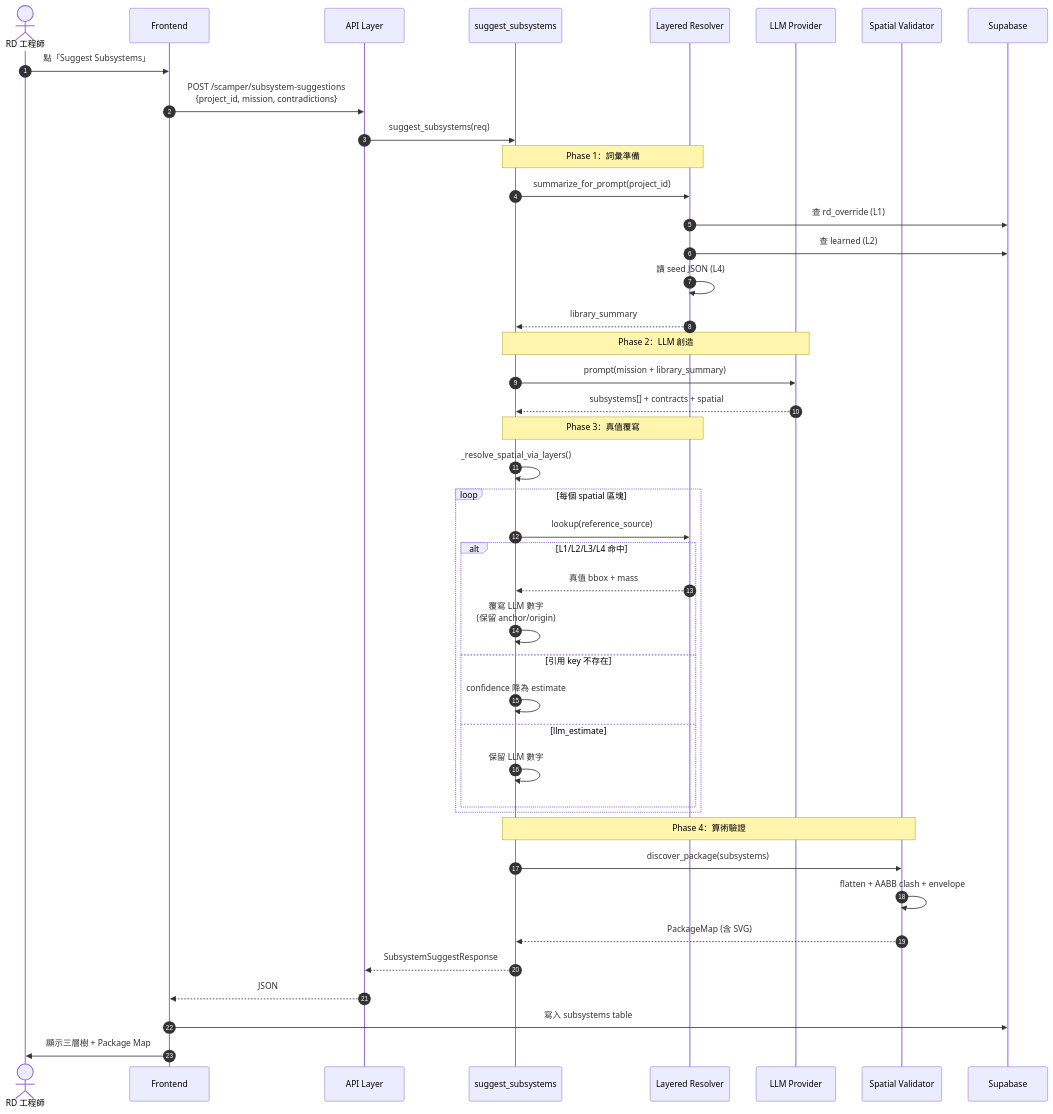
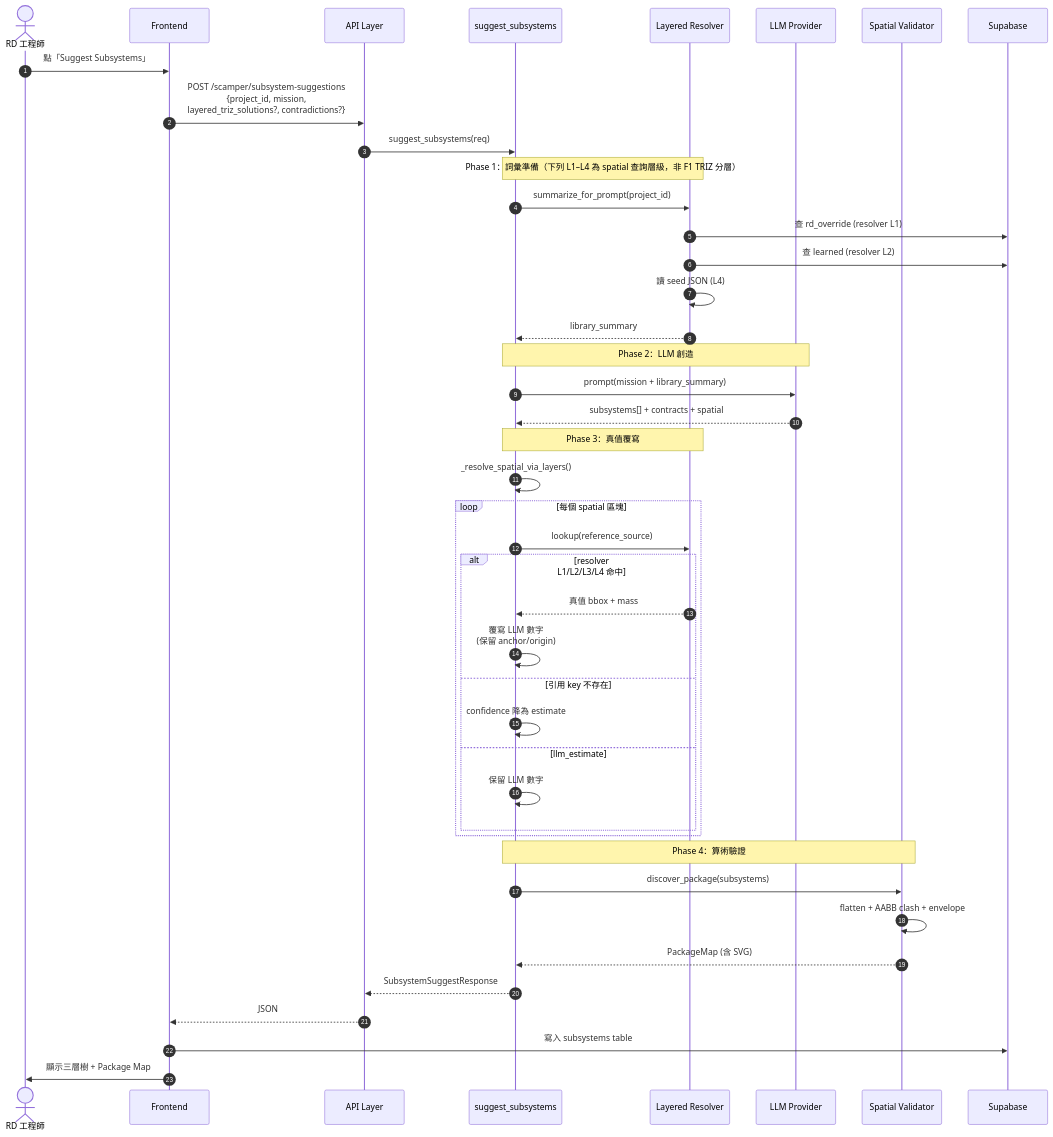
One commit to JIA-HONG-CHU/design-copilot-blueprint changed diagram 13 of 27 in docs/e2e/module/Forward_Subsystem_Discovery_Architecture.md. Above: the diagram before and after it, drawn with Mermaid. The commit also changed other lines of this file and 2 other files, not shown here.

First line of the commit message:
docs(e2e): update TRIZ layered drill-down and subsystem discovery architecture

````diff
--- a/docs/e2e/module/Forward_Subsystem_Discovery_Architecture.md
+++ b/docs/e2e/module/Forward_Subsystem_Discovery_Architecture.md
@@ -659,51 +681,51 @@
 ```mermaid
 sequenceDiagram
     autonumber
     actor RD as RD 工程師
     participant FE as Frontend
     participant API as API Layer
     participant AG as suggest_subsystems
     participant RES as Layered Resolver
     participant LLM as LLM Provider
     participant VAL as Spatial Validator
     participant DB as Supabase
 
     RD->>FE: 點「Suggest Subsystems」
-    FE->>API: POST /scamper/subsystem-suggestions<br/>{project_id, mission, contradictions}
+    FE->>API: POST /scamper/subsystem-suggestions<br/>{project_id, mission,<br/>layered_triz_solutions?, contradictions?}
     API->>AG: suggest_subsystems(req)
 
-    Note over AG,RES: Phase 1：詞彙準備
+    Note over AG,RES: Phase 1：詞彙準備（下列 L1–L4 為 spatial 查詢層級，非 F1 TRIZ 分層）
     AG->>RES: summarize_for_prompt(project_id)
-    RES->>DB: 查 rd_override (L1)
-    RES->>DB: 查 learned (L2)
+    RES->>DB: 查 rd_override (resolver L1)
+    RES->>DB: 查 learned (resolver L2)
     RES->>RES: 讀 seed JSON (L4)
     RES-->>AG: library_summary
 
     Note over AG,LLM: Phase 2：LLM 創造
     AG->>LLM: prompt(mission + library_summary)
     LLM-->>AG: subsystems[] + contracts + spatial
 
     Note over AG,RES: Phase 3：真值覆寫
     AG->>AG: _resolve_spatial_via_layers()
     loop 每個 spatial 區塊
         AG->>RES: lookup(reference_source)
-        alt L1/L2/L3/L4 命中
+        alt resolver L1/L2/L3/L4 命中
             RES-->>AG: 真值 bbox + mass
             AG->>AG: 覆寫 LLM 數字<br/>(保留 anchor/origin)
         else 引用 key 不存在
             AG->>AG: confidence 降為 estimate
         else llm_estimate
             AG->>AG: 保留 LLM 數字
         end
     end
 
     Note over AG,VAL: Phase 4：算術驗證
     AG->>VAL: discover_package(subsystems)
     VAL->>VAL: flatten + AABB clash + envelope
     VAL-->>AG: PackageMap (含 SVG)
 
     AG-->>API: SubsystemSuggestResponse
     API-->>FE: JSON
     FE->>DB: 寫入 subsystems table
     FE->>RD: 顯示三層樹 + Package Map
 ```
````
